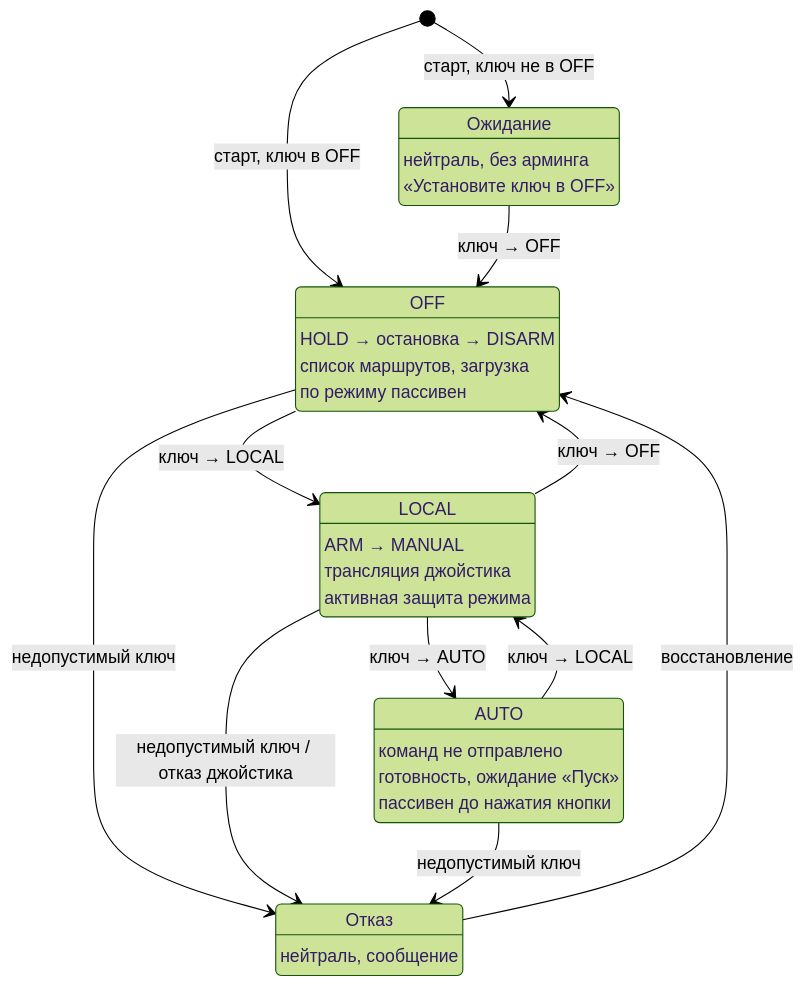
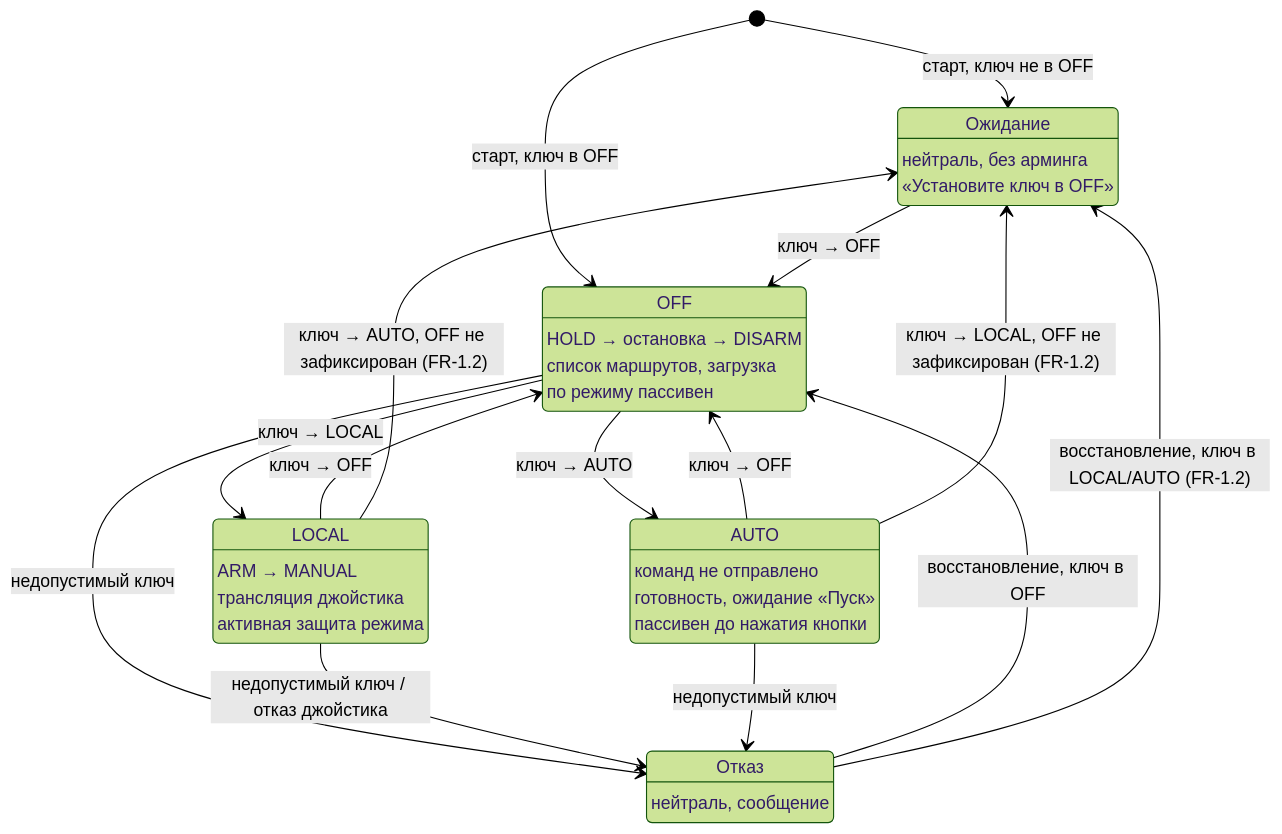
One commit to antonzavoychinskiy/Yellow-tracktor changed the first of 4 diagrams in remote/ESP32_модуль_управления_требования.md. Above: the diagram before and after it, drawn with Mermaid (forest theme). The commit also changed other lines of this file and 43 other files, not shown here.

````diff
--- a/remote/ESP32_модуль_управления_требования.md
+++ b/remote/ESP32_модуль_управления_требования.md
@@ -468,37 +478,41 @@
 ```mermaid
 stateDiagram-v2
     [*] --> WaitOff: старт, ключ не в OFF
     [*] --> OFF: старт, ключ в OFF
 
     WaitOff: Ожидание
     WaitOff: нейтраль, без арминга
     WaitOff: «Установите ключ в OFF»
     WaitOff --> OFF: ключ → OFF
 
     OFF: OFF
     OFF: HOLD → остановка → DISARM
     OFF: список маршрутов, загрузка
     OFF: по режиму пассивен
 
     LOCAL: LOCAL
     LOCAL: ARM → MANUAL
     LOCAL: трансляция джойстика
     LOCAL: активная защита режима
 
     AUTO: AUTO
     AUTO: команд не отправлено
     AUTO: готовность, ожидание «Пуск»
     AUTO: пассивен до нажатия кнопки
 
     OFF --> LOCAL: ключ → LOCAL
     LOCAL --> OFF: ключ → OFF
-    LOCAL --> AUTO: ключ → AUTO
-    AUTO --> LOCAL: ключ → LOCAL
+    OFF --> AUTO: ключ → AUTO
+    AUTO --> OFF: ключ → OFF
+
+    LOCAL --> WaitOff: ключ → AUTO, OFF не зафиксирован (FR-1.2)
+    AUTO --> WaitOff: ключ → LOCAL, OFF не зафиксирован (FR-1.2)
 
     OFF --> Fault: недопустимый ключ
     LOCAL --> Fault: недопустимый ключ / отказ джойстика
     AUTO --> Fault: недопустимый ключ
     Fault: Отказ
     Fault: нейтраль, сообщение
-    Fault --> OFF: восстановление
+    Fault --> OFF: восстановление, ключ в OFF
+    Fault --> WaitOff: восстановление, ключ в LOCAL/AUTO (FR-1.2)
 ```
````
